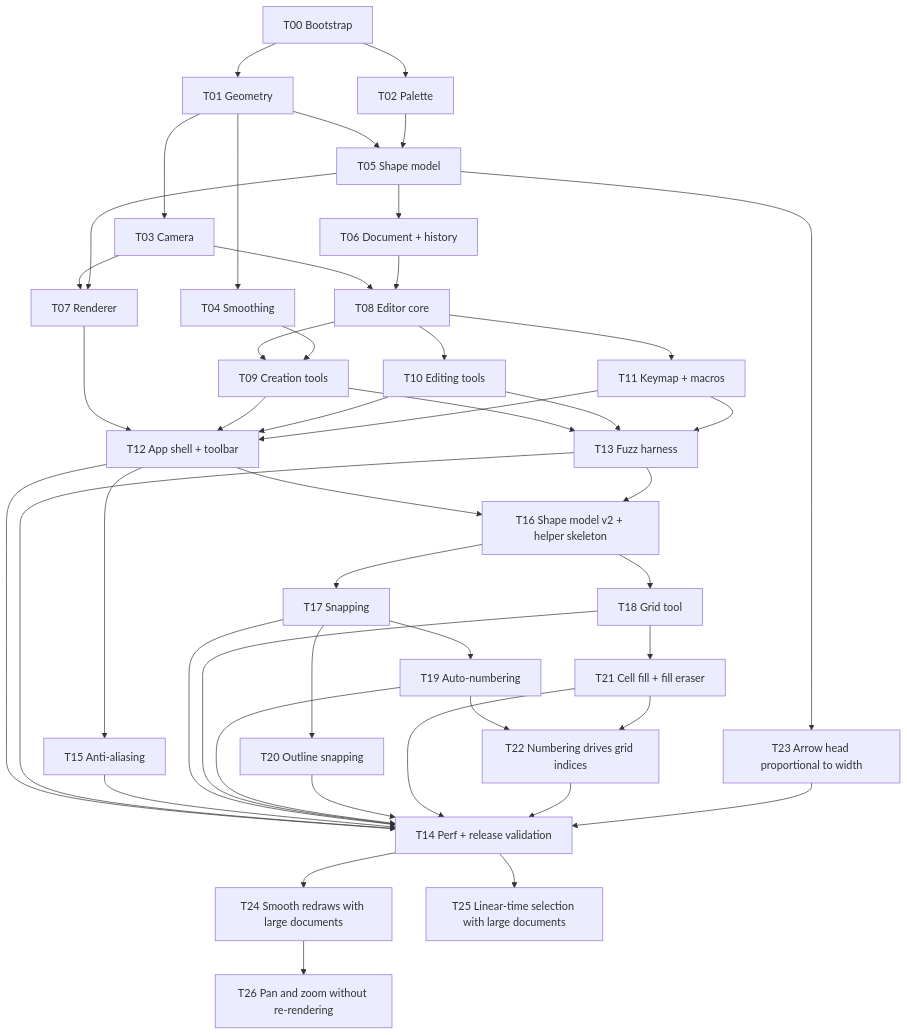
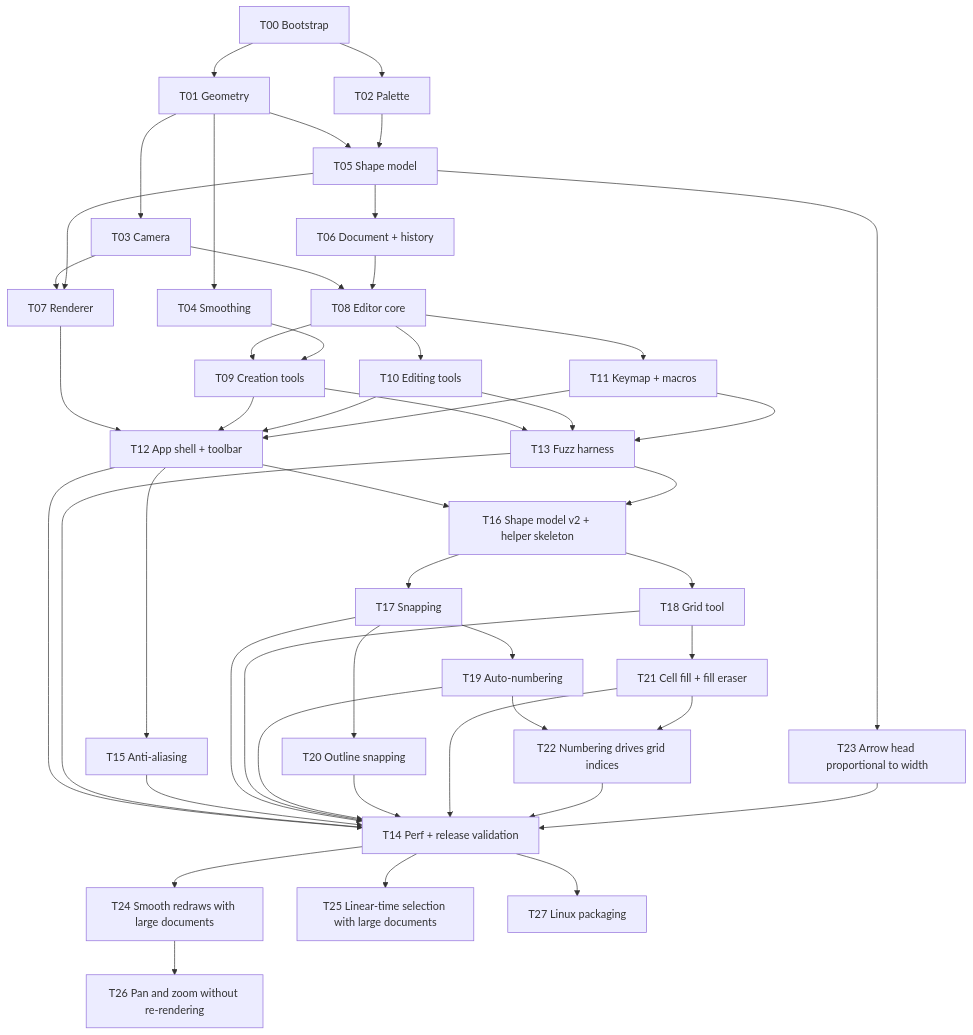
The diagram in docs/tasks/Task Board.md (UmBender/draw), drawn with Mermaid before and after one commit. The commit also changed other lines of this file and 1 other file, not shown here.

First line of the commit message:
docs: add T27 task note for Linux packaging

````diff
--- a/docs/tasks/Task Board.md
+++ b/docs/tasks/Task Board.md
@@ -12,49 +12,50 @@
 ```mermaid
 flowchart TD
   T00[T00 Bootstrap] --> T01[T01 Geometry]
   T00 --> T02[T02 Palette]
   T01 --> T03[T03 Camera]
   T01 --> T04[T04 Smoothing]
   T01 --> T05[T05 Shape model]
   T02 --> T05
   T05 --> T06[T06 Document + history]
   T03 --> T07[T07 Renderer]
   T05 --> T07
   T03 --> T08[T08 Editor core]
   T06 --> T08
   T08 --> T09[T09 Creation tools]
   T04 --> T09
   T08 --> T10[T10 Editing tools]
   T08 --> T11[T11 Keymap + macros]
   T07 --> T12[T12 App shell + toolbar]
   T09 --> T12
   T10 --> T12
   T11 --> T12
   T09 --> T13[T13 Fuzz harness]
   T10 --> T13
   T11 --> T13
   T12 --> T14[T14 Perf + release validation]
   T13 --> T14
   T12 --> T15[T15 Anti-aliasing]
   T12 --> T16[T16 Shape model v2 + helper skeleton]
   T13 --> T16
   T16 --> T17[T17 Snapping]
   T16 --> T18[T18 Grid tool]
   T17 --> T19[T19 Auto-numbering]
   T17 --> T20[T20 Outline snapping]
   T15 --> T14
   T17 --> T14
   T18 --> T14
   T19 --> T14
   T20 --> T14
   T18 --> T21[T21 Cell fill + fill eraser]
   T21 --> T14
   T19 --> T22[T22 Numbering drives grid indices]
   T21 --> T22
   T22 --> T14
   T05 --> T23[T23 Arrow head proportional to width]
   T23 --> T14
   T14 --> T24[T24 Smooth redraws with large documents]
   T14 --> T25[T25 Linear-time selection with large documents]
   T24 --> T26[T26 Pan and zoom without re-rendering]
+  T14 --> T27[T27 Linux packaging]
 ```
````
